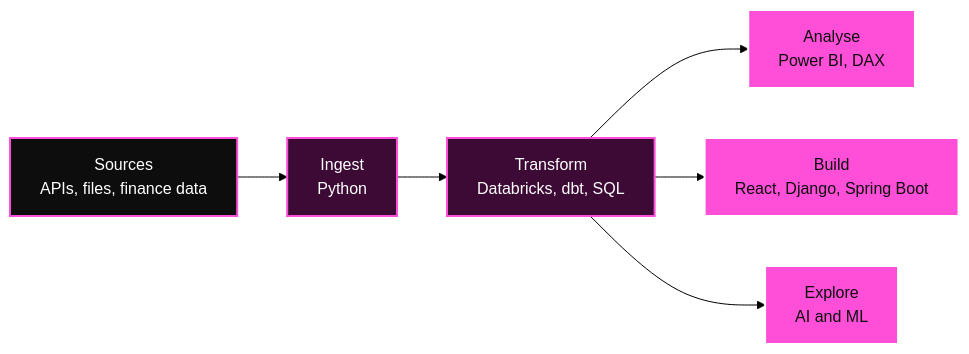
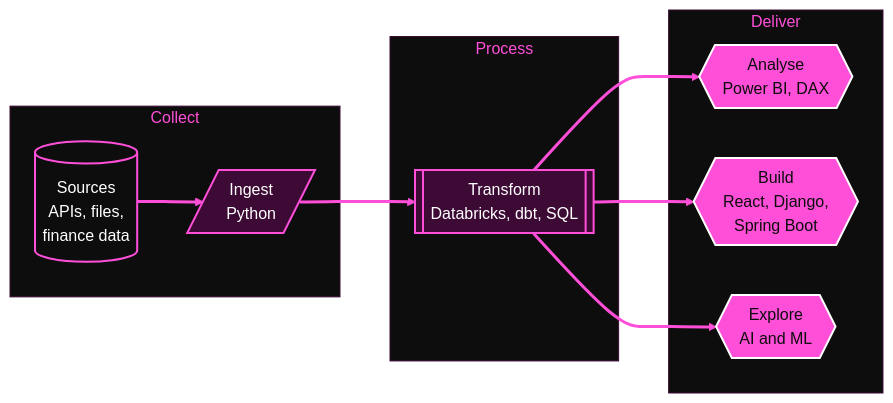
One commit to Sitina-Celine/Sitina-Celine changed the diagram in README.md. Above: the diagram before and after it, drawn with Mermaid (forest theme). The commit also changed other lines of this file, not shown here.

````diff
--- a/README.md
+++ b/README.md
@@ -20,16 +28,34 @@
 ```mermaid
 flowchart LR
-    A[Sources<br/>APIs, files, finance data] --> B[Ingest<br/>Python]
-    B --> C[Transform<br/>Databricks, dbt, SQL]
-    C --> D[Analyse<br/>Power BI, DAX]
-    C --> E[Build<br/>React, Django, Spring Boot]
-    C --> F[Explore<br/>AI and ML]
+    subgraph IN[" Collect "]
+        A[(Sources<br/>APIs, files,<br/>finance data)]
+        B[/Ingest<br/>Python/]
+    end
+
+    subgraph PROC[" Process "]
+        C[[Transform<br/>Databricks, dbt, SQL]]
+    end
+
+    subgraph OUT[" Deliver "]
+        D{{Analyse<br/>Power BI, DAX}}
+        E{{Build<br/>React, Django,<br/>Spring Boot}}
+        F{{Explore<br/>AI and ML}}
+    end
+
+    A ==> B ==> C
+    C ==> D
+    C ==> E
+    C ==> F
 
     classDef source fill:#0d0d0d,stroke:#ff4fd8,stroke-width:2px,color:#ffffff
     classDef pipe fill:#3d0a35,stroke:#ff4fd8,stroke-width:2px,color:#ffffff
     classDef output fill:#ff4fd8,stroke:#ffffff,stroke-width:2px,color:#0d0d0d
+    classDef group fill:#0d0d0d,stroke:#3d0a35,stroke-width:1px,color:#ff4fd8
 
     class A source
     class B,C pipe
     class D,E,F output
+    class IN,PROC,OUT group
+
+    linkStyle default stroke:#ff4fd8,stroke-width:3px
 ```
````
